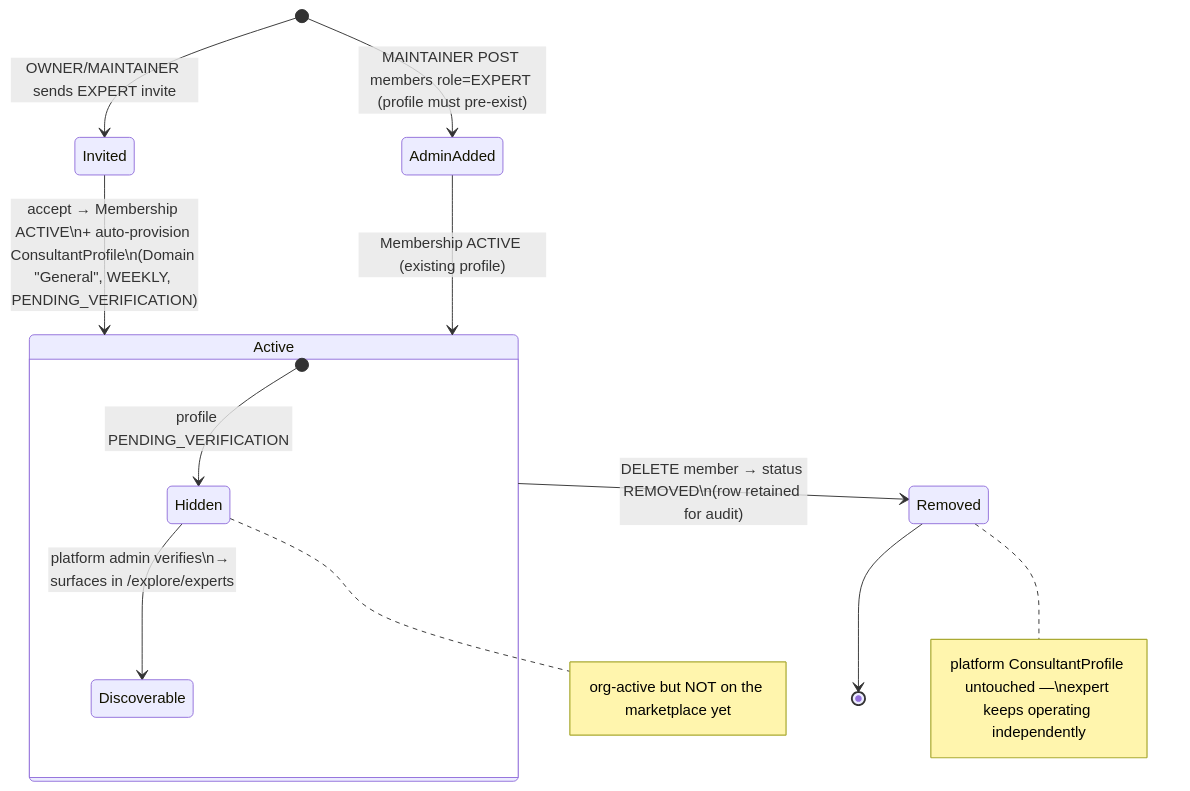
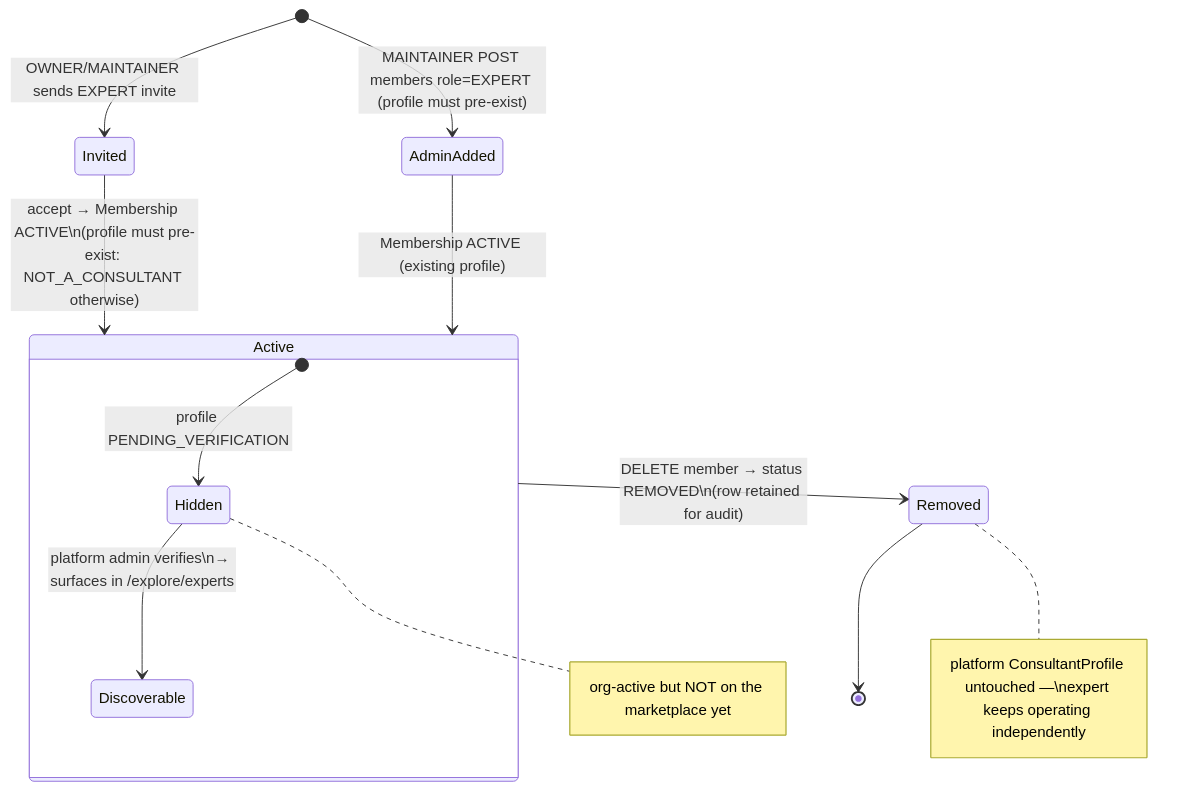
The first of 2 diagrams in docs/enterprise/30-programs-and-lifecycle/03-expert-lifecycle.md (Practitionist/familiarise_web), drawn with Mermaid before and after one commit. The commit also changed other lines of this file and 16 other files, not shown here.

````diff
--- a/docs/enterprise/30-programs-and-lifecycle/03-expert-lifecycle.md
+++ b/docs/enterprise/30-programs-and-lifecycle/03-expert-lifecycle.md
@@ -70,17 +70,17 @@
 ```mermaid
 stateDiagram-v2
   [*] --> Invited: OWNER/MAINTAINER sends EXPERT invite
   [*] --> AdminAdded: MAINTAINER POST members role=EXPERT (profile must pre-exist)
-  Invited --> Active: accept → Membership ACTIVE\n+ auto-provision ConsultantProfile\n(Domain "General", WEEKLY, PENDING_VERIFICATION)
+  Invited --> Active: accept → Membership ACTIVE\n(profile must pre-exist: NOT_A_CONSULTANT otherwise)
   AdminAdded --> Active: Membership ACTIVE (existing profile)
 
   state Active {
     [*] --> Hidden: profile PENDING_VERIFICATION
     Hidden --> Discoverable: platform admin verifies\n→ surfaces in /explore/experts
     note right of Hidden: org-active but NOT on the marketplace yet
   }
 
   Active --> Removed: DELETE member → status REMOVED\n(row retained for audit)
   Removed --> [*]
   note right of Removed: platform ConsultantProfile untouched —\nexpert keeps operating independently
 ```
````
